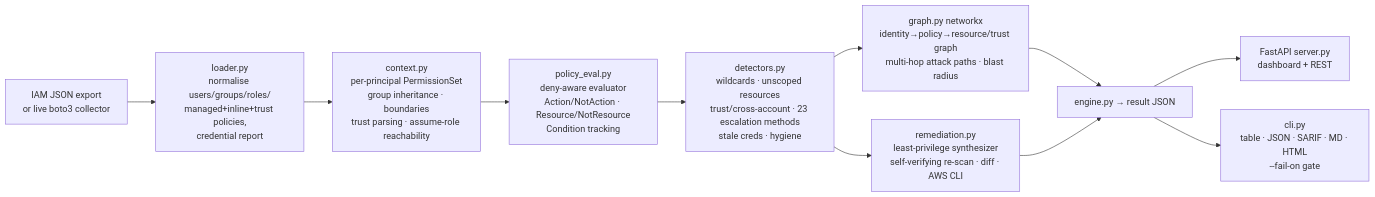
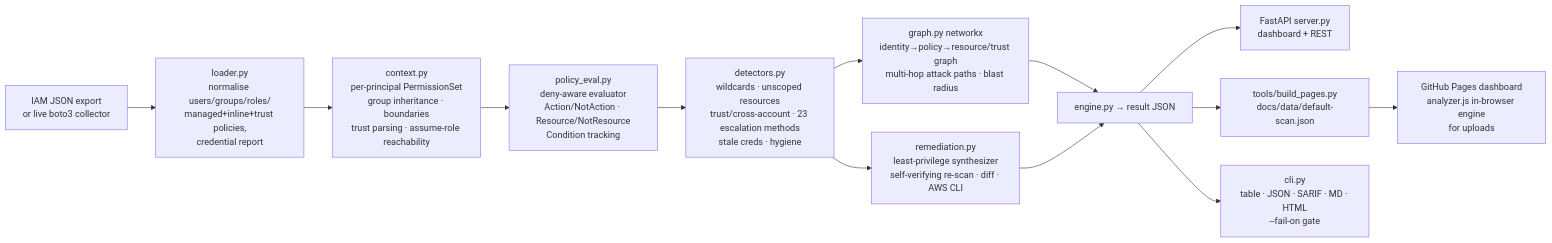
One commit to Farah-Adam/IAM-Sentinel changed the diagram in README.md. Above: the diagram before and after it, drawn with Mermaid. The commit also changed other lines of this file and 16 other files, not shown here.

Commit message:
Add GitHub Pages static build

````diff
--- a/README.md
+++ b/README.md
@@ -45,13 +63,15 @@
 ```mermaid
 flowchart LR
   A[IAM JSON export<br/>or live boto3 collector] --> B[loader.py<br/>normalise users/groups/roles/<br/>managed+inline+trust policies,<br/>credential report]
   B --> C[context.py<br/>per-principal PermissionSet<br/>group inheritance · boundaries<br/>trust parsing · assume-role reachability]
   C --> D[policy_eval.py<br/>deny-aware evaluator<br/>Action/NotAction · Resource/NotResource<br/>Condition tracking]
   D --> E[detectors.py<br/>wildcards · unscoped resources<br/>trust/cross-account · 23 escalation methods<br/>stale creds · hygiene]
   E --> F[graph.py networkx<br/>identity→policy→resource/trust graph<br/>multi-hop attack paths · blast radius]
   E --> G[remediation.py<br/>least-privilege synthesizer<br/>self-verifying re-scan · diff · AWS CLI]
   F --> H[engine.py → result JSON]
   G --> H
   H --> I[FastAPI server.py<br/>dashboard + REST]
+  H --> K[tools/build_pages.py<br/>docs/data/default-scan.json]
+  K --> L[GitHub Pages dashboard<br/>analyzer.js in-browser engine<br/>for uploads]
   H --> J[cli.py<br/>table · JSON · SARIF · MD · HTML<br/>--fail-on gate]
 ```
````
